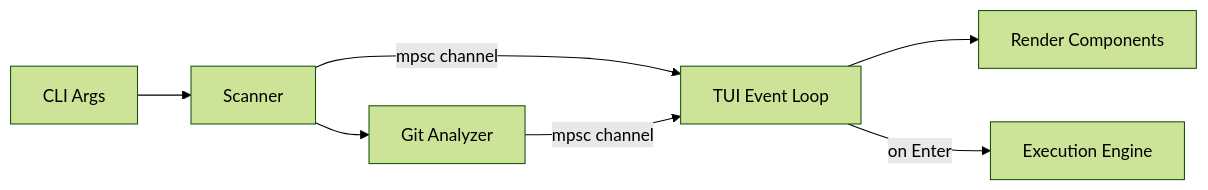
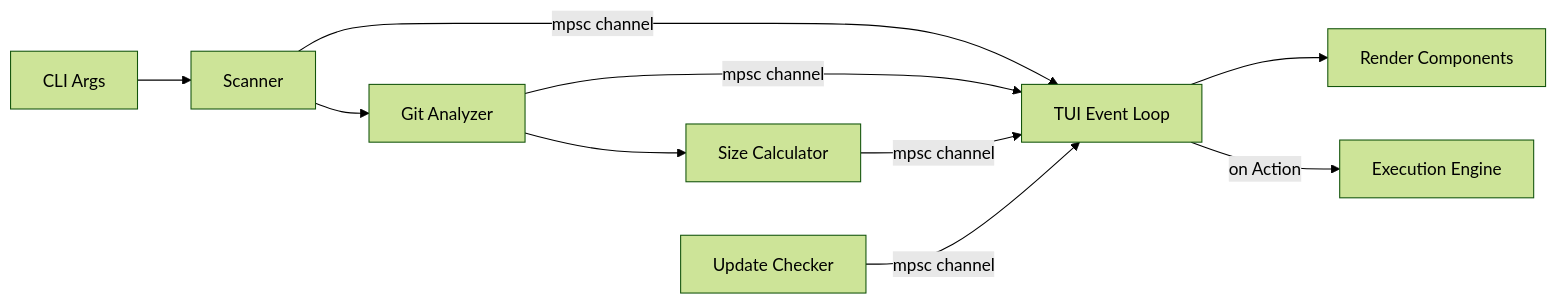
The diagram in docs/ARCHITECTURE.md (AymericChaverot/sloth), drawn with Mermaid (forest theme) before and after one commit. The commit also changed other lines of this file and 2 other files, not shown here.

````diff
--- a/docs/ARCHITECTURE.md
+++ b/docs/ARCHITECTURE.md
@@ -9,9 +9,12 @@
 ```mermaid
 graph LR
     A[CLI Args] --> B[Scanner]
     B -->|mpsc channel| C[TUI Event Loop]
     B --> D[Git Analyzer]
     D -->|mpsc channel| C
+    D --> G[Size Calculator]
+    G -->|mpsc channel| C
     C --> E[Render Components]
-    C -->|on Enter| F[Execution Engine]
+    C -->|on Action| F[Execution Engine]
+    H[Update Checker] -->|mpsc channel| C
 ```
````
